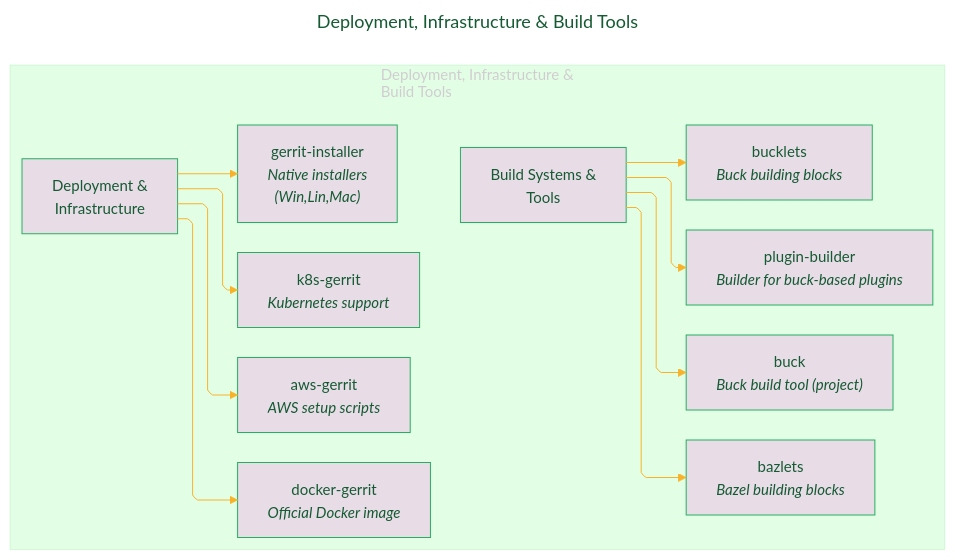
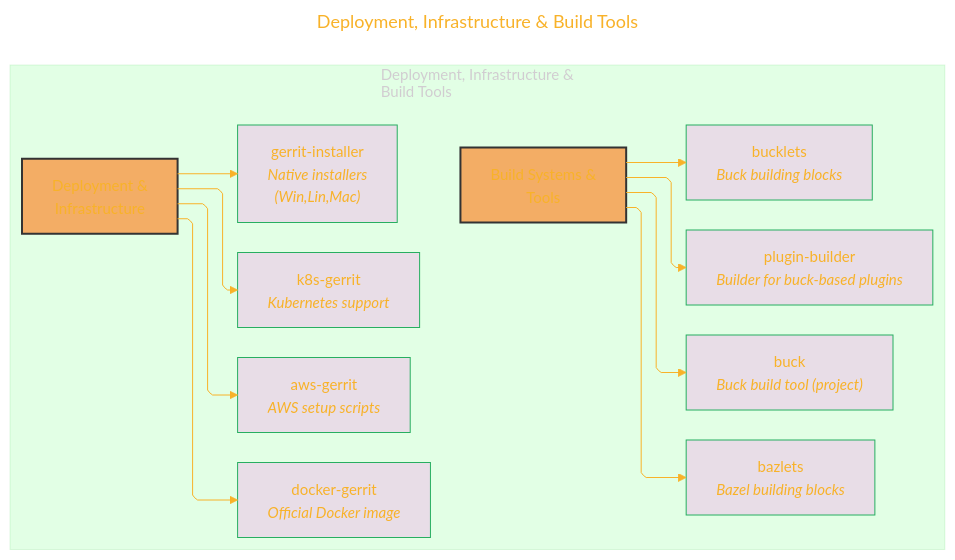
Before and after one commit to CongLeSolutionX/Chromium_Project: diagram 11 of 12 in Gerrit_Ecosystem_on_gerrit_googlesource.md, drawn with Mermaid. The commit also changed other lines of this file, not shown here.

````diff
--- a/Gerrit_Ecosystem_on_gerrit_googlesource.md
+++ b/Gerrit_Ecosystem_on_gerrit_googlesource.md
@@ -841,56 +875,58 @@
 ```mermaid
 ---
 title: "Deployment, Infrastructure & Build Tools"
 author: "Cong Le"
 version: "1.0"
 license(s): "MIT, CC BY 4.0"
 copyright: "Copyright (c) 2025 Cong Le. All Rights Reserved."
 config:
   layout: elk
   theme: base
 ---
 %%%%%%%% Mermaid version v11.4.1-b.14
 %%%%%%%% Available curve styles include the following keywords:
 %% basis, bumpX, bumpY, cardinal, catmullRom, linear, monotoneX, monotoneY, natural, step, stepAfter, stepBefore.
 %%{
   init: {
     'securityLevel': 'loose',
     'flowchart': { 'htmlLabels': false, 'curve': 'linear' },
     'fontFamily': 'Monaco',
     'themeVariables': {
       'primaryColor': '#F5E3',
-      'primaryTextColor': '#145A32',
+      'primaryTextColor': '#F8B229',
       'lineColor': '#F8B229',
       'primaryBorderColor': '#27AE60',
       'secondaryColor': '#EBDEF0',
       'secondaryTextColor': '#6C3483',
       'secondaryBorderColor': '#A569BD',
       'fontSize': '15px'
     }
   }
 }%%
 flowchart TD
     subgraph DepInfraBuild["Deployment, Infrastructure &<br/> Build Tools"]
     direction LR
         DepInfra["Deployment &<br/> Infrastructure"]
+        style DepInfra fill:#F719,stroke:#333,stroke-width:2px
             DepInfra --> DI_AWS["aws-gerrit<br/><i>AWS setup scripts</i>"]
              click DI_AWS href "https://gerrit.googlesource.com/aws-gerrit" "aws-gerrit"
             DepInfra --> DI_Docker["docker-gerrit<br/><i>Official Docker image</i>"]
              click DI_Docker href "https://gerrit.googlesource.com/docker-gerrit" "docker-gerrit"
             DepInfra --> DI_Installer["gerrit-installer<br/><i>Native installers<br/>(Win,Lin,Mac)</i>"]
              click DI_Installer href "https://gerrit.googlesource.com/gerrit-installer" "gerrit-installer"
             DepInfra --> DI_K8s["k8s-gerrit<br/><i>Kubernetes support</i>"]
              click DI_K8s href "https://gerrit.googlesource.com/k8s-gerrit" "k8s-gerrit"
 
         BuildTools["Build Systems &<br/> Tools"]
+        style BuildTools fill:#F719,stroke:#333,stroke-width:2px
             BuildTools --> BT_Bazlets["bazlets<br/><i>Bazel building blocks</i>"]
              click BT_Bazlets href "https://gerrit.googlesource.com/bazlets" "bazlets"
             BuildTools --> BT_Buck["buck<br/><i>Buck build tool (project)</i>"]
              click BT_Buck href "https://gerrit.googlesource.com/buck" "buck"
             BuildTools --> BT_Bucklets["bucklets<br/><i>Buck building blocks</i>"]
              click BT_Bucklets href "https://gerrit.googlesource.com/bucklets" "bucklets"
             BuildTools --> BT_PluginBuilder["plugin-builder<br/><i>Builder for buck-based plugins</i>"]
              click BT_PluginBuilder href "https://gerrit.googlesource.com/plugin-builder" "plugin-builder"
     end
     
 ```
````
